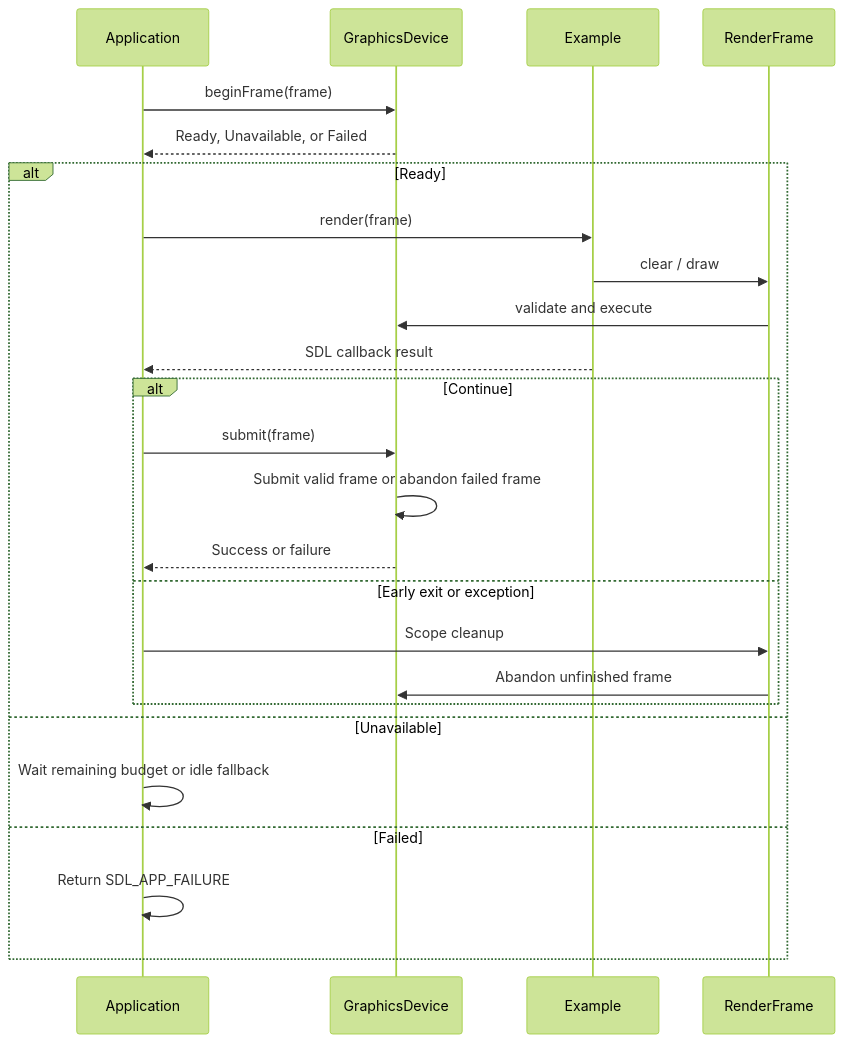
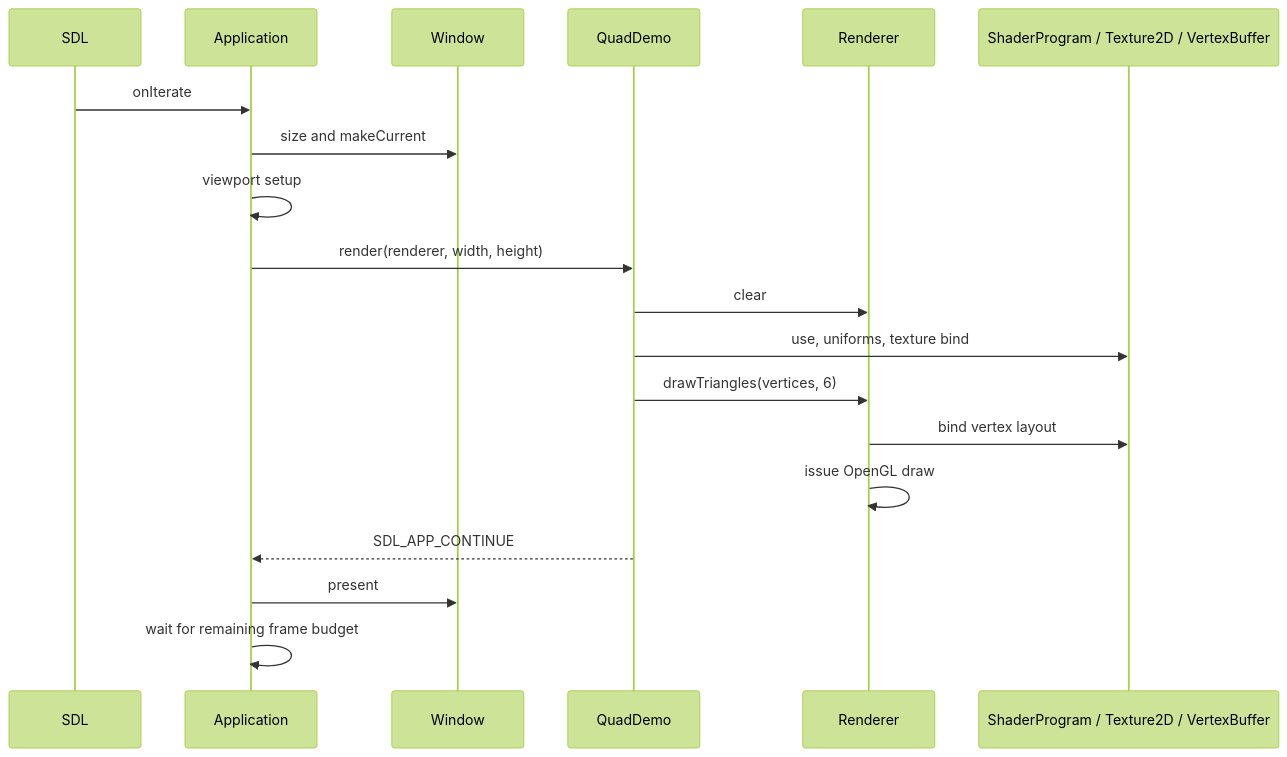
The first of 2 diagrams in docs/rendering-guide.md (vquanghuy/frostwind-engine), drawn with Mermaid (forest theme) before and after one commit. The commit also changed other lines of this file and 57 other files, not shown here.

````diff
--- a/docs/rendering-guide.md
+++ b/docs/rendering-guide.md
@@ -129,27 +26,21 @@
 ```mermaid
 sequenceDiagram
-    participant A as Application
-    participant D as GraphicsDevice
-    participant E as Example
-    participant F as RenderFrame
-    A->>D: beginFrame(frame)
-    D-->>A: Ready, Unavailable, or Failed
-    alt Ready
-        A->>E: render(frame)
-        E->>F: clear / draw
-        F->>D: validate and execute
-        E-->>A: SDL callback result
-        alt Continue
-            A->>D: submit(frame)
-            D->>D: Submit valid frame or abandon failed frame
-            D-->>A: Success or failure
-        else Early exit or exception
-            A->>F: Scope cleanup
-            F->>D: Abandon unfinished frame
-        end
-    else Unavailable
-        A->>A: Wait remaining budget or idle fallback
-    else Failed
-        A->>A: Return SDL_APP_FAILURE
-    end
+    participant SDL
+    participant App as Application
+    participant Window
+    participant Demo as QuadDemo
+    participant Renderer
+    participant Resources as ShaderProgram / Texture2D / VertexBuffer
+    SDL->>App: onIterate
+    App->>Window: size and makeCurrent
+    App->>App: viewport setup
+    App->>Demo: render(renderer, width, height)
+    Demo->>Renderer: clear
+    Demo->>Resources: use, uniforms, texture bind
+    Demo->>Renderer: drawTriangles(vertices, 6)
+    Renderer->>Resources: bind vertex layout
+    Renderer->>Renderer: issue OpenGL draw
+    Demo-->>App: SDL_APP_CONTINUE
+    App->>Window: present
+    App->>App: wait for remaining frame budget
 ```
````
